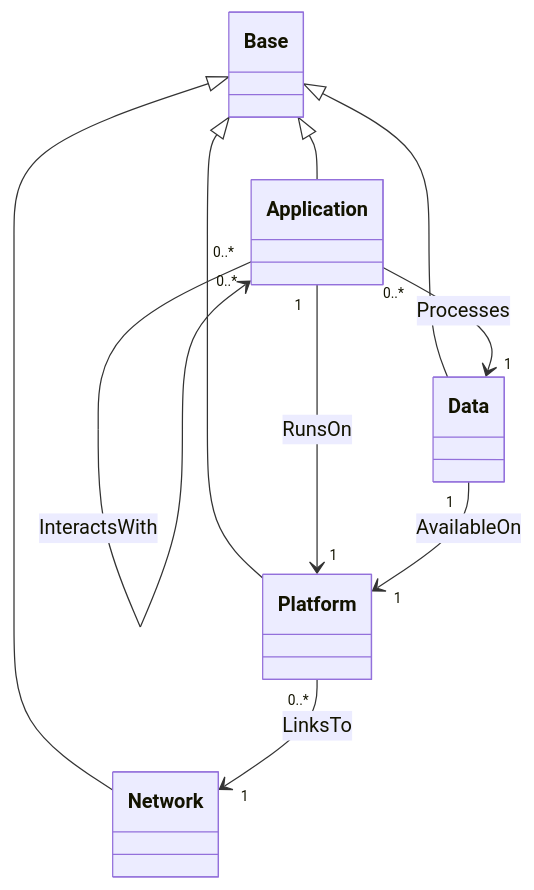
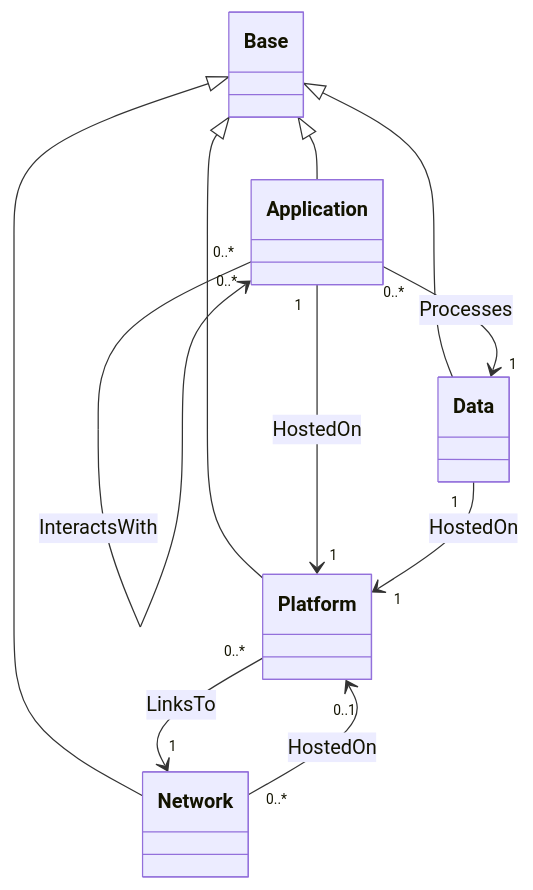
One commit to oasis-open/tosca-community-contributions changed the first of 2 diagrams in profiles/community/tosca/abstract/base/README.md. Above: the diagram before and after it, drawn with Mermaid. The commit also changed other lines of this file and 20 other files, not shown here.

````diff
--- a/profiles/community/tosca/abstract/base/README.md
+++ b/profiles/community/tosca/abstract/base/README.md
@@ -13,12 +13,13 @@
 ```mermaid
 classDiagram
     Base <|-- Data
     Base <|-- Application
     Base <|-- Network
     Base <|-- Platform
     Application "0..*" --> "1" Data:Processes
     Application "0..*" --> "0..*" Application:InteractsWith
-    Application "1" --> "1" Platform:RunsOn
+    Application "1" --> "1" Platform:HostedOn
     Platform "0..*" --> "1" Network:LinksTo
-    Data "1" --> "1" Platform:AvailableOn
+    Data "1" --> "1" Platform:HostedOn
+    Network "0..*" --> "0..1" Platform:HostedOn
 ```
````
